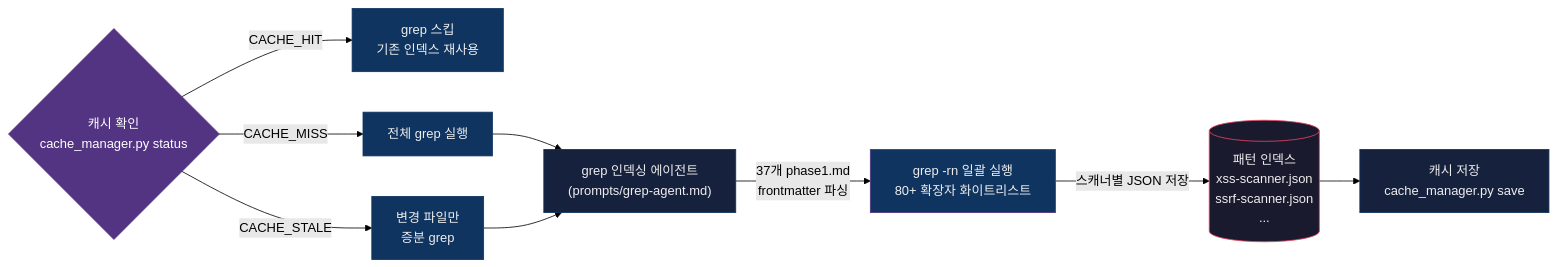
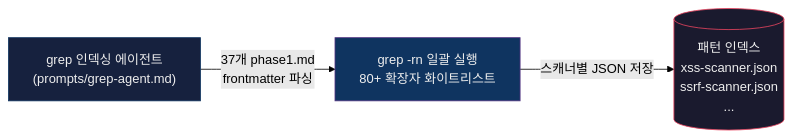
The second of 5 diagrams in README.md (nomarlhack/noah-sast), drawn with Mermaid (forest theme) before and after one commit. The commit also changed other lines of this file and 3 other files, not shown here.

First line of the commit message:
refactor: grep 인덱스 캐시 기능 제거 — 매 실행 풀 스캔으로 단순화

````diff
--- a/README.md
+++ b/README.md
@@ -87,22 +86,10 @@
 ```mermaid
 flowchart LR
-    Cache{"캐시 확인\ncache_manager.py status"}
-    Cache -->|CACHE_HIT| Skip["grep 스킵\n기존 인덱스 재사용"]
-    Cache -->|CACHE_STALE| Inc["변경 파일만\n증분 grep"]
-    Cache -->|CACHE_MISS| Full["전체 grep 실행"]
-
-    Full --> Agent["grep 인덱싱 에이전트\n(prompts/grep-agent.md)"]
-    Inc --> Agent
+    Agent["grep 인덱싱 에이전트\n(prompts/grep-agent.md)"]
     Agent -->|"37개 phase1.md\nfrontmatter 파싱"| Grep["grep -rn 일괄 실행\n80+ 확장자 화이트리스트"]
     Grep -->|스캐너별 JSON 저장| Dir[("패턴 인덱스\nxss-scanner.json\nssrf-scanner.json\n...")]
-    Dir --> Save["캐시 저장\ncache_manager.py save"]
 
-    style Cache fill:#533483,stroke:#533483,color:#fff
     style Agent fill:#16213e,stroke:#0f3460,color:#eee
     style Grep fill:#0f3460,stroke:#533483,color:#eee
     style Dir fill:#1a1a2e,stroke:#e94560,color:#eee
-    style Skip fill:#0f3460,stroke:#0f3460,color:#eee
-    style Inc fill:#0f3460,stroke:#0f3460,color:#eee
-    style Full fill:#0f3460,stroke:#0f3460,color:#eee
-    style Save fill:#16213e,stroke:#0f3460,color:#eee
 ```
````
